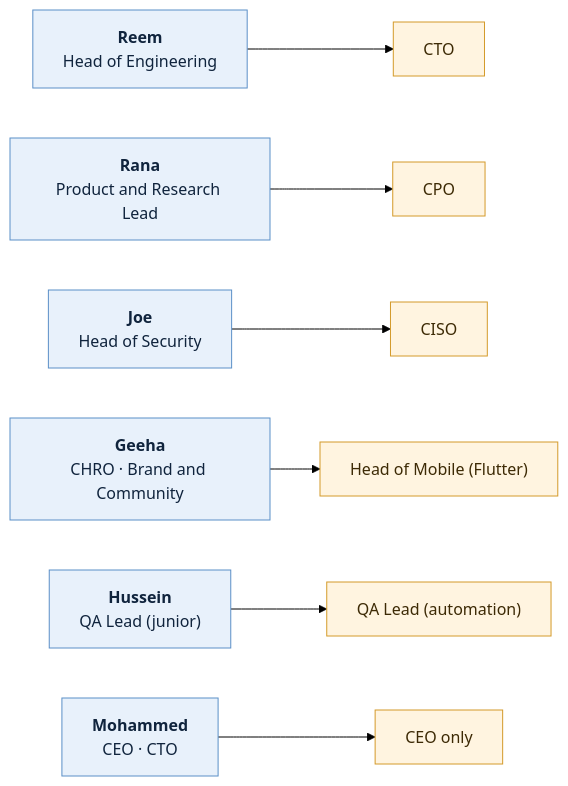
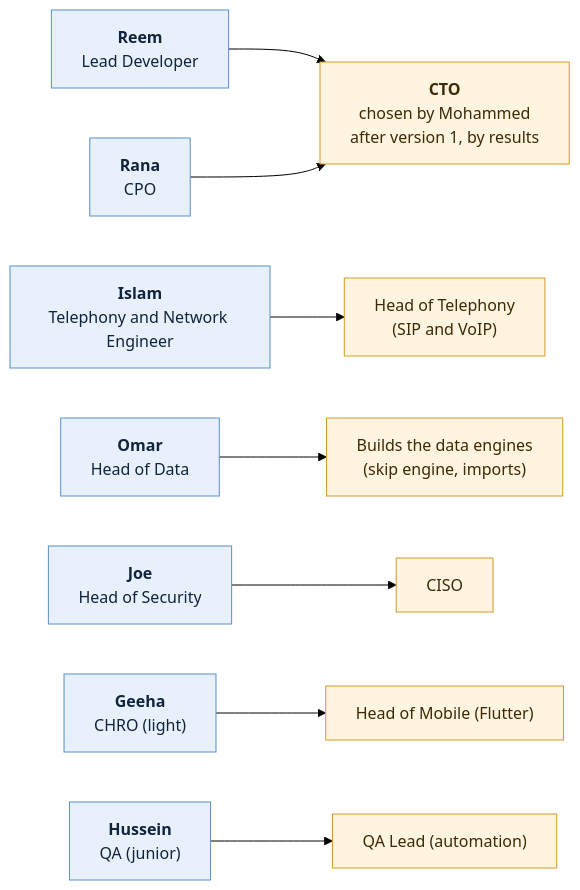
Before and after one commit to Mohammed-HeshamMohammed/Turf: the fifth of 5 diagrams in docs/team/README.md, drawn with Mermaid (forest theme). The commit also changed other lines of this file and 2 other files, not shown here.

First line of the commit message:
Team: rethought from Mohammed's answers

````diff
--- a/docs/team/README.md
+++ b/docs/team/README.md
@@ -137,14 +158,15 @@
 ```mermaid
 flowchart LR
-    R1["<b>Reem</b><br/>Head of Engineering"] --> R2["CTO"]
-    A1["<b>Rana</b><br/>Product and Research Lead"] --> A2["CPO"]
+    R1["<b>Reem</b><br/>Lead Developer"] --> CTO["<b>CTO</b><br/>chosen by Mohammed<br/>after version 1, by results"]
+    A1["<b>Rana</b><br/>CPO"] --> CTO
+    I1["<b>Islam</b><br/>Telephony and Network Engineer"] --> I2["Head of Telephony<br/>(SIP and VoIP)"]
+    O1["<b>Omar</b><br/>Head of Data"] --> O2["Builds the data engines<br/>(skip engine, imports)"]
     J1["<b>Joe</b><br/>Head of Security"] --> J2["CISO"]
-    G1["<b>Geeha</b><br/>CHRO · Brand and Community"] --> G2["Head of Mobile (Flutter)"]
-    H1["<b>Hussein</b><br/>QA Lead (junior)"] --> H2["QA Lead (automation)"]
-    M1["<b>Mohammed</b><br/>CEO · CTO"] --> M2["CEO only"]
+    G1["<b>Geeha</b><br/>CHRO (light)"] --> G2["Head of Mobile (Flutter)"]
+    H1["<b>Hussein</b><br/>QA (junior)"] --> H2["QA Lead (automation)"]
 
     classDef now fill:#e8f1fb,stroke:#5b8fc7,color:#10243d
     classDef later fill:#fff4e0,stroke:#d49a2a,color:#3d2a05
-    class R1,A1,J1,G1,H1,M1 now
-    class R2,A2,J2,G2,H2,M2 later
+    class R1,A1,I1,O1,J1,G1,H1 now
+    class CTO,I2,O2,J2,G2,H2 later
 ```
````
